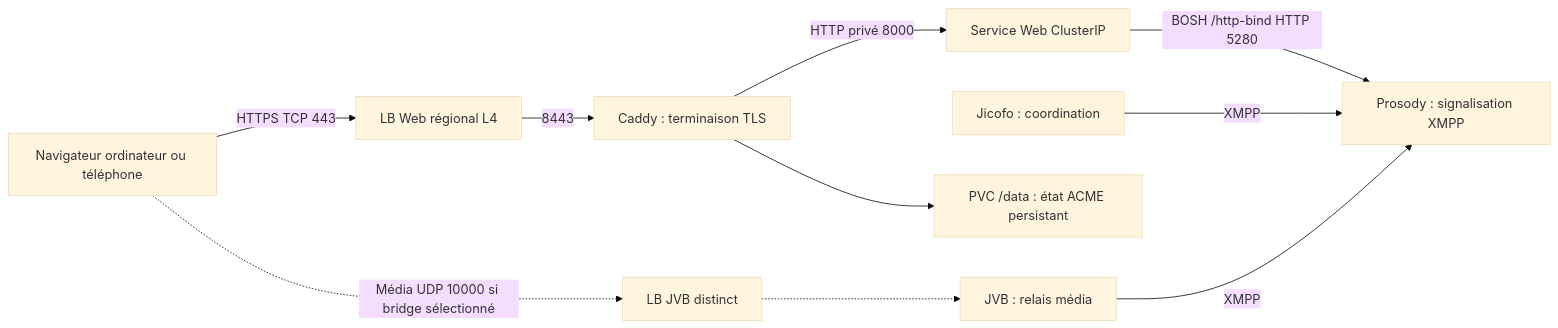
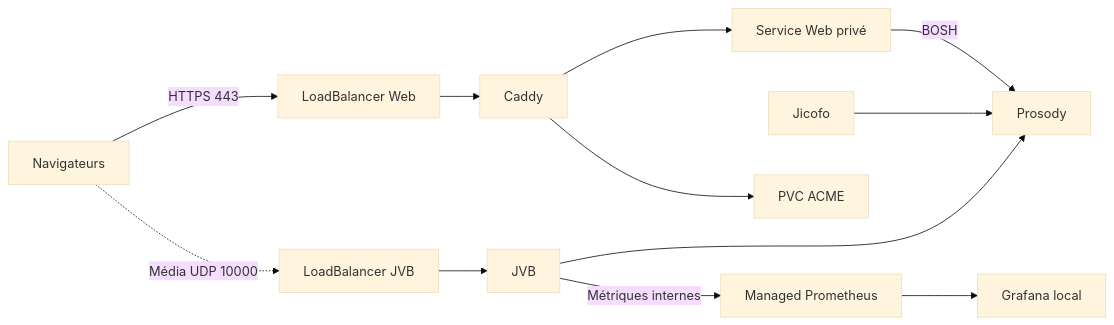
One commit to SaminouA/projet-jitsi-helm changed the diagram in docs/rapport.md. Above: the diagram before and after it, drawn with Mermaid (base theme). The commit also changed other lines of this file, not shown here.

````diff
--- a/docs/rapport.md
+++ b/docs/rapport.md
@@ -130,12 +26,14 @@
 ```mermaid
 flowchart LR
-    B["Navigateur ordinateur ou téléphone"] -->|"HTTPS TCP 443"| L["LB Web régional L4"]
-    L -->|"8443"| C["Caddy : terminaison TLS"]
-    C -->|"HTTP privé 8000"| W["Service Web ClusterIP"]
-    W -->|"BOSH /http-bind HTTP 5280"| P["Prosody : signalisation XMPP"]
-    J["Jicofo : coordination"] -->|"XMPP"| P
-    V["JVB : relais média"] -->|"XMPP"| P
-    B -.->|"Média UDP 10000 si bridge sélectionné"| M["LB JVB distinct"]
-    M -.-> V
-    C --> D["PVC /data : état ACME persistant"]
+    N[Navigateurs] -->|HTTPS 443| L[LoadBalancer Web]
+    L --> C[Caddy]
+    C --> W[Service Web privé]
+    W -->|BOSH| P[Prosody]
+    J[Jicofo] --> P
+    V[JVB] --> P
+    N -.->|Média UDP 10000| U[LoadBalancer JVB]
+    U --> V
+    C --> D[PVC ACME]
+    V -->|Métriques internes| M[Managed Prometheus]
+    M --> G[Grafana local]
 ```
````
